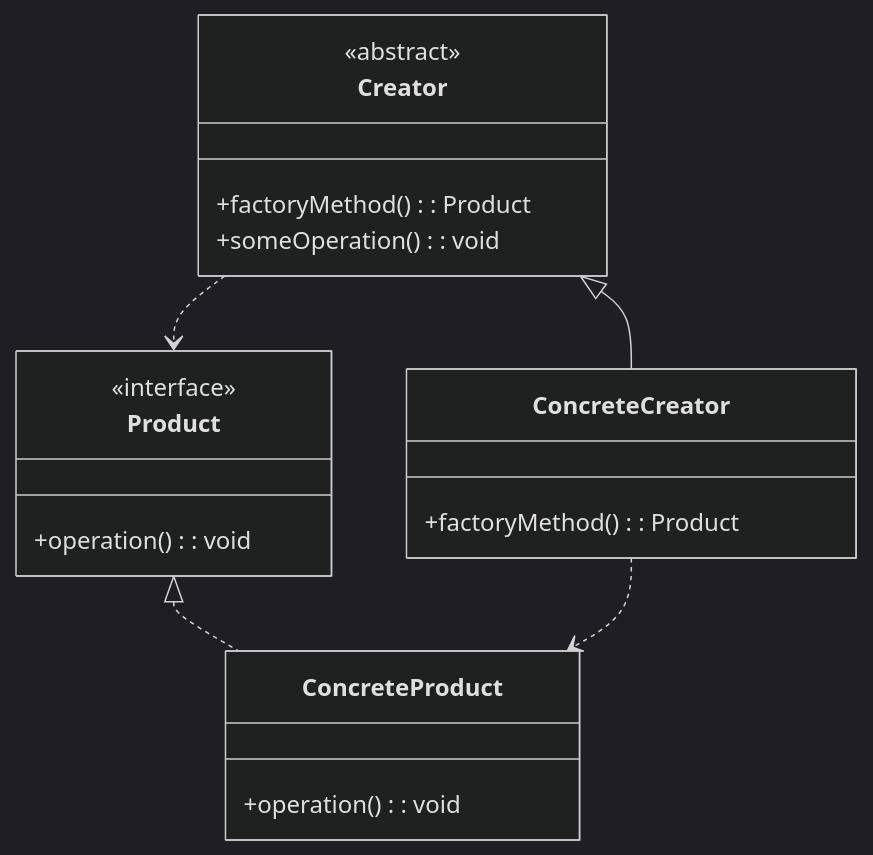
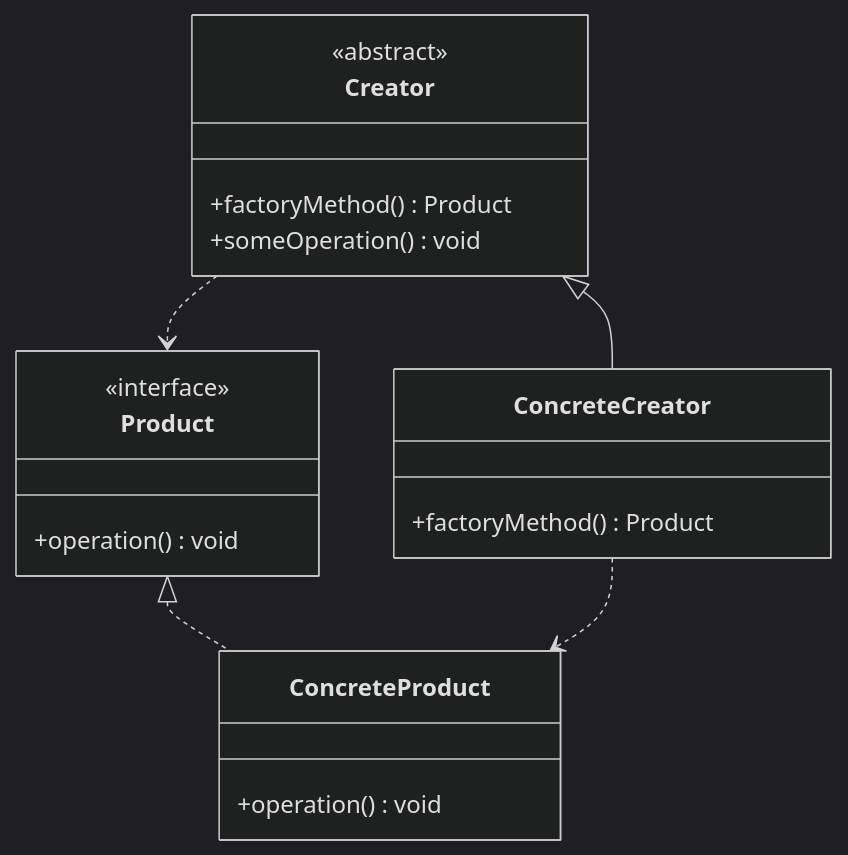
Before and after one commit to chihhung/Blog: the fifth of 29 diagrams in content/posts/教學/分析與設計/Design Pattern教學.md, drawn with Mermaid (dark theme). The commit also changed other lines of this file and 5 other files, not shown here.

````diff
--- a/content/posts/教學/分析與設計/Design Pattern教學.md
+++ b/content/posts/教學/分析與設計/Design Pattern教學.md
@@ -416,26 +416,26 @@
 ```mermaid
 classDiagram
     class Creator {
         <<abstract>>
-        +factoryMethod(): Product
-        +someOperation(): void
+        +factoryMethod() Product
+        +someOperation() void
     }
     
     class ConcreteCreator {
-        +factoryMethod(): Product
+        +factoryMethod() Product
     }
     
     class Product {
         <<interface>>
-        +operation(): void
+        +operation() void
     }
     
     class ConcreteProduct {
-        +operation(): void
+        +operation() void
     }
     
     Creator <|-- ConcreteCreator
     Product <|.. ConcreteProduct
     Creator ..> Product
     ConcreteCreator ..> ConcreteProduct
 ```
````
